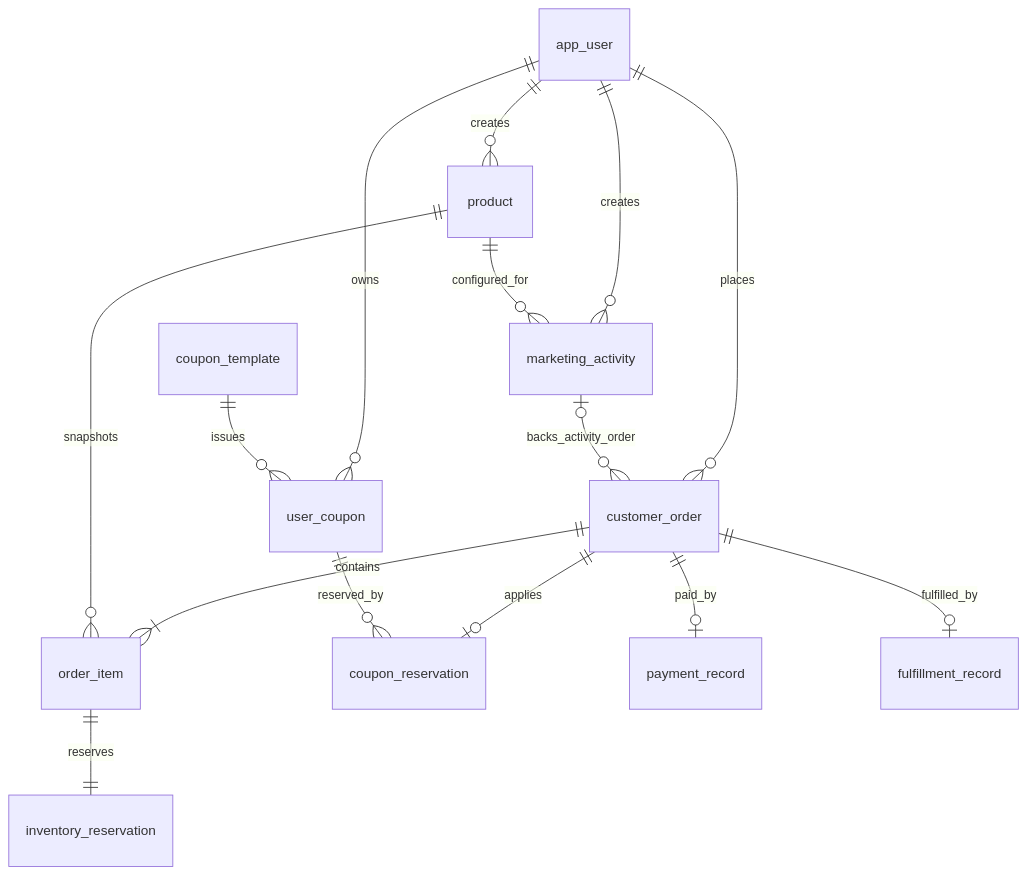
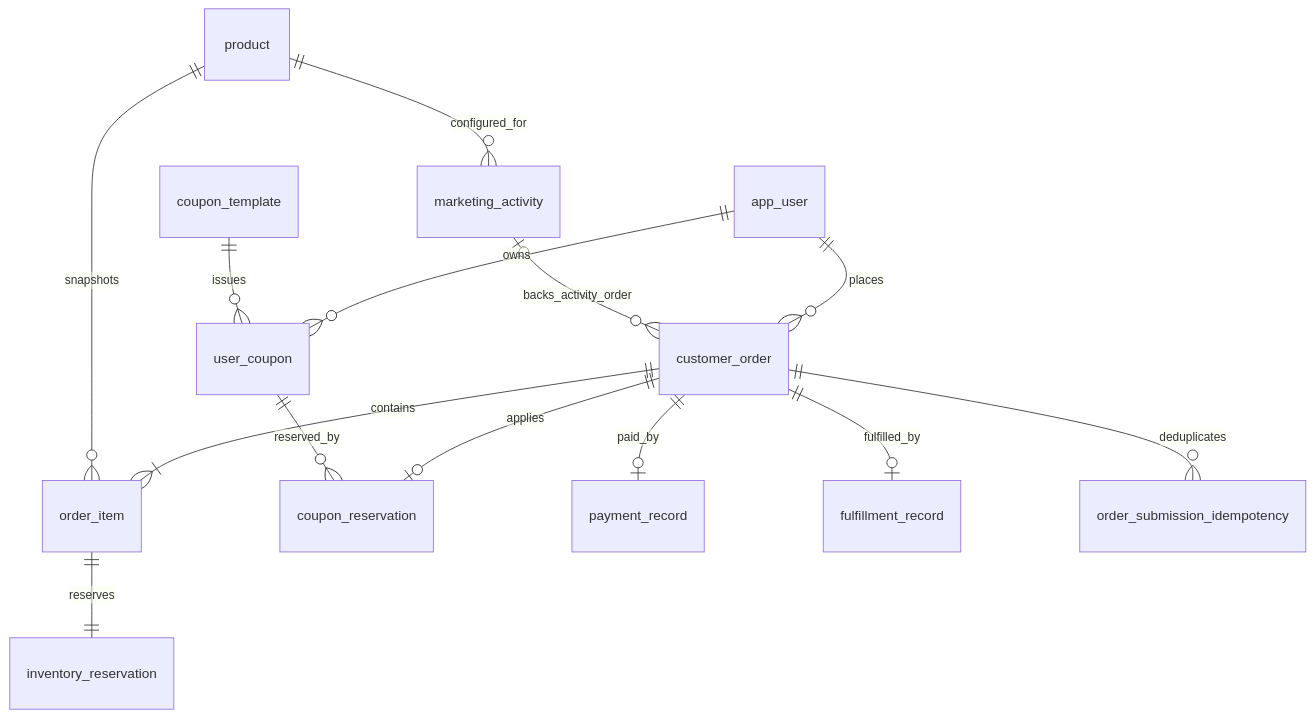
The first of 2 diagrams in docs/database-design.md (NyaRu-Kiss/FlashSale), drawn with Mermaid before and after one commit. The commit also changed other lines of this file and 3 other files, not shown here.

Commit message:
docs add api-design, sequence-design, updated database-design

````diff
--- a/docs/database-design.md
+++ b/docs/database-design.md
@@ -7,17 +9,16 @@
 ```mermaid
 erDiagram
-    app_user ||--o{ product : creates
-    app_user ||--o{ marketing_activity : creates
+    app_user ||--o{ user_coupon : owns
+    app_user ||--o{ customer_order : places
     product ||--o{ marketing_activity : configured_for
-    app_user ||--o{ user_coupon : owns
     coupon_template ||--o{ user_coupon : issues
-    app_user ||--o{ customer_order : places
     marketing_activity o|--o{ customer_order : backs_activity_order
     customer_order ||--|{ order_item : contains
     product ||--o{ order_item : snapshots
     order_item ||--|| inventory_reservation : reserves
     customer_order ||--o| coupon_reservation : applies
     user_coupon ||--o{ coupon_reservation : reserved_by
     customer_order ||--o| payment_record : paid_by
     customer_order ||--o| fulfillment_record : fulfilled_by
+    customer_order ||--o{ order_submission_idempotency : deduplicates
 ```
````
